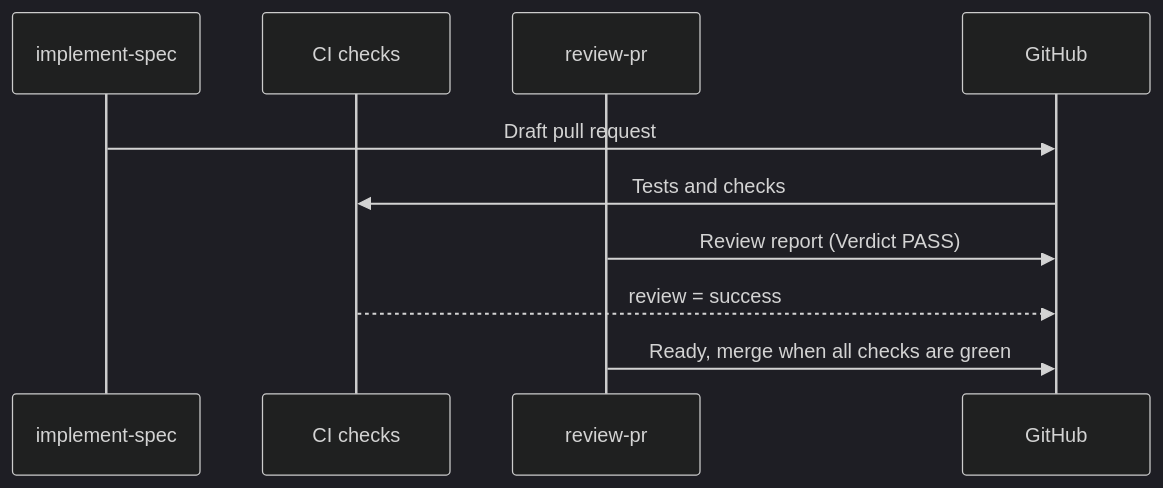
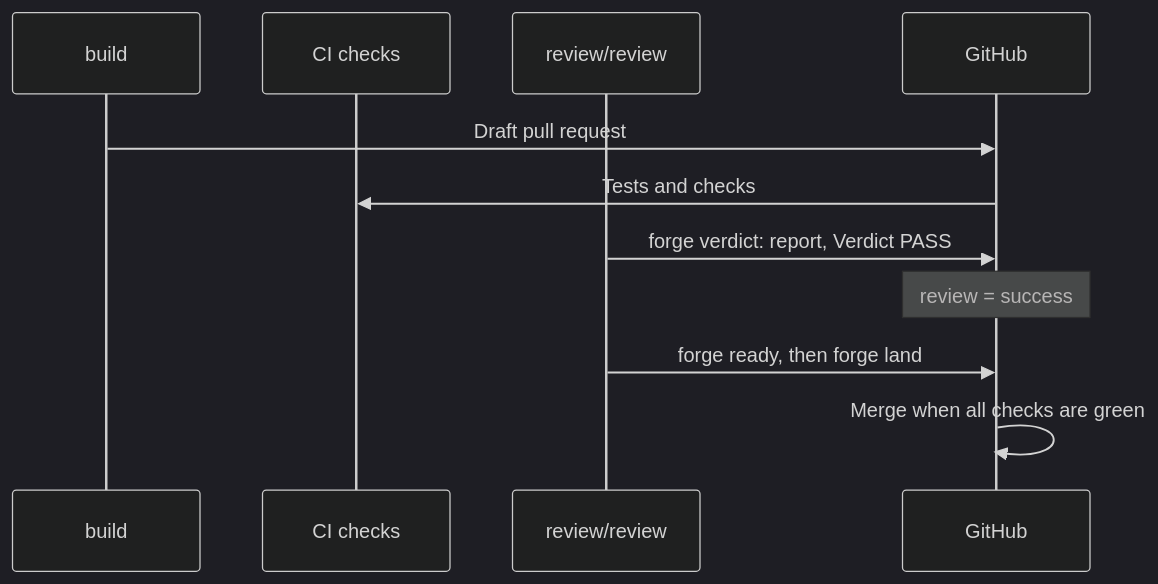
The diagram in docs/guide/5-review-and-merge.md (dmitriywind/agentic-sdlc), drawn with Mermaid (dark theme) before and after one commit. The commit also changed other lines of this file and 34 other files, not shown here.

````diff
--- a/docs/guide/5-review-and-merge.md
+++ b/docs/guide/5-review-and-merge.md
@@ -9,12 +12,13 @@
 ```mermaid
 sequenceDiagram
-  participant I as implement-spec
+  participant I as build
   participant CI as CI checks
-  participant R as review-pr
+  participant R as review/review
   participant G as GitHub
   I->>G: Draft pull request
   G->>CI: Tests and checks
-  R->>G: Review report (Verdict PASS)
-  CI-->>G: review = success
-  R->>G: Ready, merge when all checks are green
+  R->>G: forge verdict: report, Verdict PASS
+  Note over G: review = success
+  R->>G: forge ready, then forge land
+  G->>G: Merge when all checks are green
 ```
````
